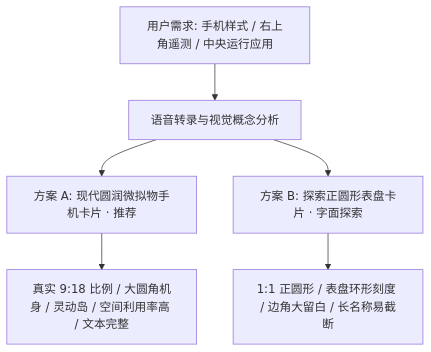
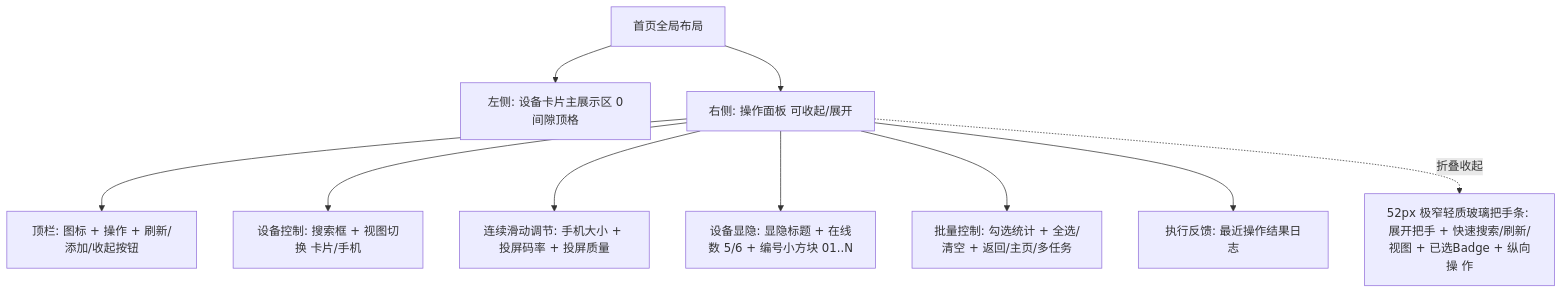
Before and after one commit to liuzhuogood/MyWebScrcpy: the diagram in docs/versions/v1.33.0-feature/design.md, drawn with Mermaid. The commit also changed other lines of this file and 5 other files, not shown here.

````diff
--- a/docs/versions/v1.33.0-feature/design.md
+++ b/docs/versions/v1.33.0-feature/design.md
@@ -34,9 +28,14 @@
 ```mermaid
 graph TD
-  UserRequirement[用户需求: 手机样式 / 右上角遥测 / 中央运行应用] --> ConceptAnalysis[语音转录与视觉概念分析]
-  ConceptAnalysis --> SchemeA[方案 A: 现代圆润微拟物手机卡片 · 推荐]
-  ConceptAnalysis --> SchemeB[方案 B: 探索正圆形表盘卡片 · 字面探索]
+  UserView[首页全局布局] --> MainCanvas[左侧: 设备卡片主展示区 0间隙顶格]
+  UserView --> ActionPanel[右侧: 操作面板 可收起/展开]
 
-  SchemeA --> PropA[真实 9:18 比例 / 大圆角机身 / 灵动岛 / 空间利用率高 / 文本完整]
-  SchemeB --> PropB[1:1 正圆形 / 表盘环形刻度 / 边角大留白 / 长名称易截断]
+  ActionPanel --> Header[顶栏: 图标 + 操作 + 刷新/添加/收起按钮]
+  ActionPanel --> GlobalControl[设备控制: 搜索框 + 视图切换 卡片/手机]
+  ActionPanel --> Sliders[连续滑动调节: 手机大小 + 投屏码率 + 投屏质量]
+  ActionPanel --> VisibilityGrid[设备显隐: 显隐标题 + 在线数 5/6 + 编号小方块 01..N]
+  ActionPanel --> BatchOps[批量控制: 勾选统计 + 全选/清空 + 返回/主页/多任务]
+  ActionPanel --> Feedback[执行反馈: 最近操作结果日志]
+
+  ActionPanel -.折叠收起.-> CollapsedStrip[52px 极窄轻质玻璃把手条: 展开把手 + 快速搜索/刷新/视图 + 已选Badge + 纵向操 作]
 ```
````
